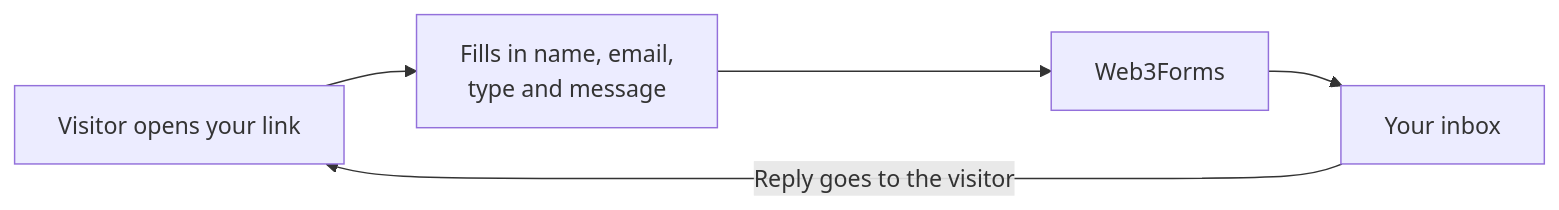
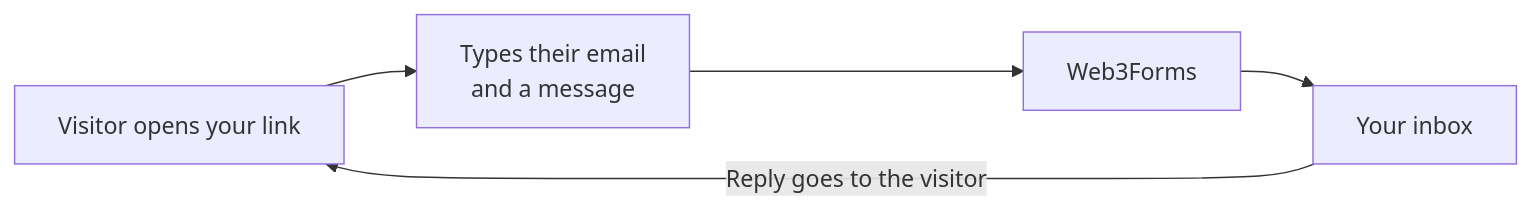
Before and after one commit to amalmehta/reachouts: the diagram in README.md, drawn with Mermaid. The commit also changed other lines of this file and 9 other files, not shown here.

Commit message:
Simplify to email and message, and make it friendlier

````diff
--- a/README.md
+++ b/README.md
@@ -10,7 +10,7 @@
 ```mermaid
 flowchart LR
-  A[Visitor opens your link] --> B[Fills in name, email,<br>type and message]
+  A[Visitor opens your link] --> B[Types their email<br>and a message]
   B --> C[Web3Forms]
   C --> D[Your inbox]
   D -- Reply goes to the visitor --> A
 ```
````
